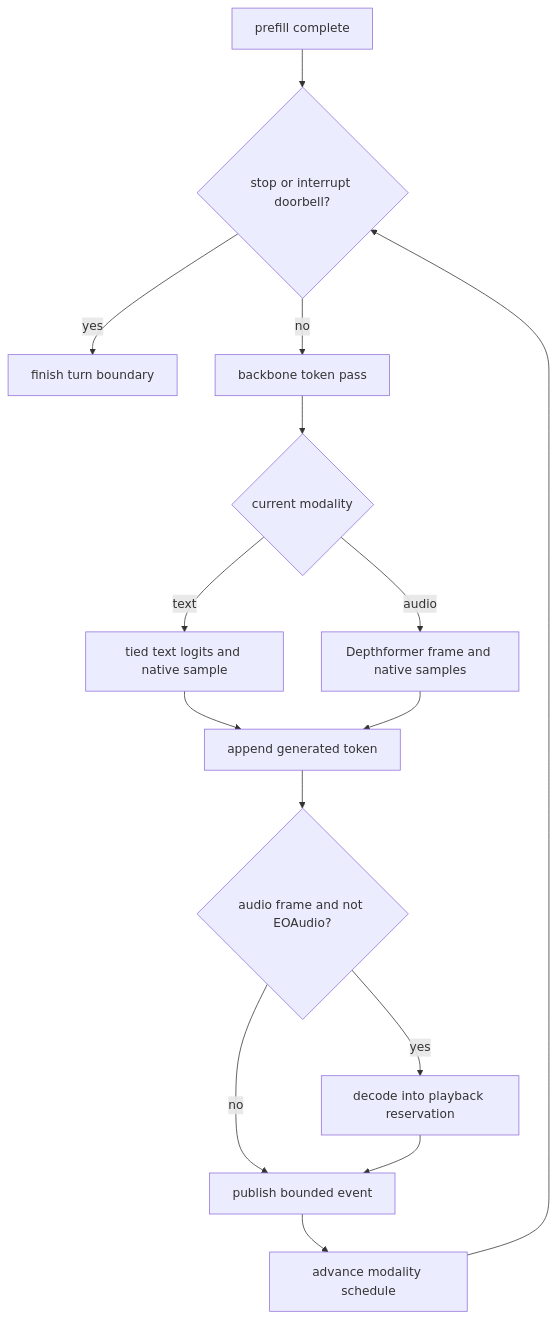
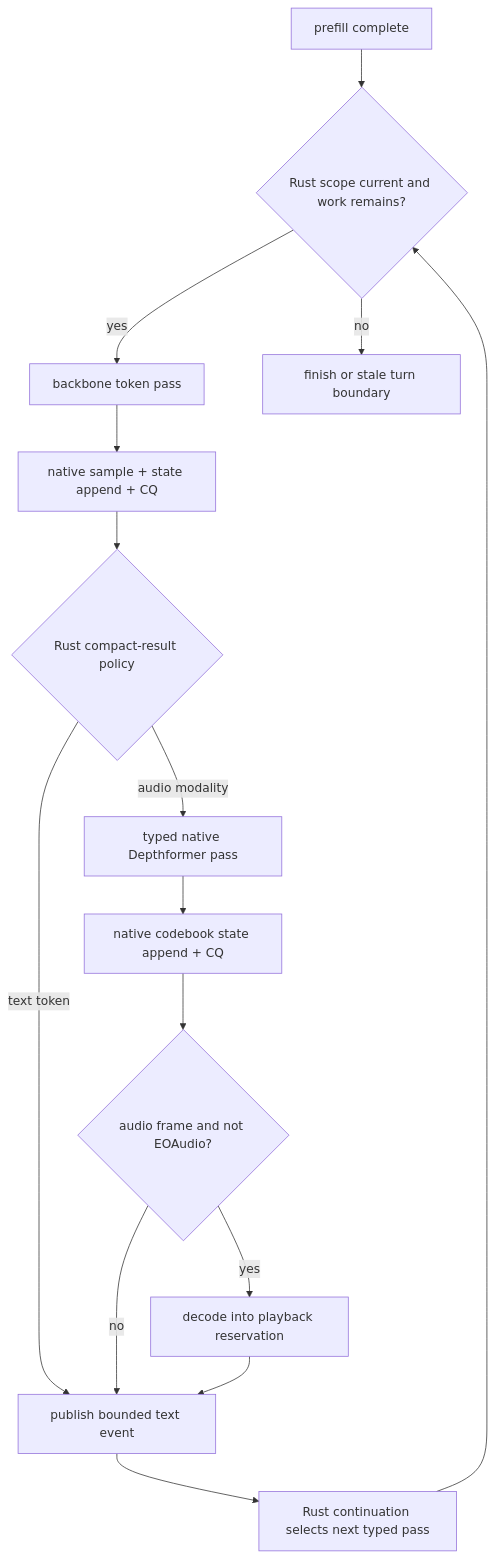
The third of 3 diagrams in specs/11-kcoro-native-migration/07-conversation-prefill-generation-and-codec.md (SolaceHarmony/emberharmony), drawn with Mermaid before and after one commit. The commit also changed other lines of this file and 13 other files, not shown here.

Commit message:
reconcile native migration around Rust coordination

````diff
--- a/specs/11-kcoro-native-migration/07-conversation-prefill-generation-and-codec.md
+++ b/specs/11-kcoro-native-migration/07-conversation-prefill-generation-and-codec.md
@@ -262,17 +264,17 @@
 ```mermaid
 flowchart TD
-    READY["prefill complete"] --> DOOR{"stop or interrupt doorbell?"}
-    DOOR -->|yes| CLOSE["finish turn boundary"]
-    DOOR -->|no| TOKEN["backbone token pass"]
-    TOKEN --> MODE{"current modality"}
-    MODE -->|text| LOGITS["tied text logits and native sample"]
-    MODE -->|audio| DEPTH["Depthformer frame and native samples"]
-    LOGITS --> APPEND["append generated token"]
-    DEPTH --> APPEND
+    READY["prefill complete"] --> DOOR{"Rust scope current and work remains?"}
+    DOOR -->|yes| TOKEN["backbone token pass"]
+    DOOR -->|no| CLOSE["finish or stale turn boundary"]
+    TOKEN --> COMPLETE["native sample + state append + CQ"]
+    COMPLETE --> MODE{"Rust compact-result policy"}
+    MODE -->|text token| EVENT["publish bounded text event"]
+    MODE -->|audio modality| DEPTH["typed native Depthformer pass"]
+    DEPTH --> APPEND["native codebook state append + CQ"]
     APPEND --> CODEC{"audio frame and not EOAudio?"}
     CODEC -->|yes| PCM["decode into playback reservation"]
-    CODEC -->|no| EVENT["publish bounded event"]
+    CODEC -->|no| EVENT
     PCM --> EVENT
-    EVENT --> NEXT["advance modality schedule"]
+    EVENT --> NEXT["Rust continuation selects next typed pass"]
     NEXT --> DOOR
 ```
````
